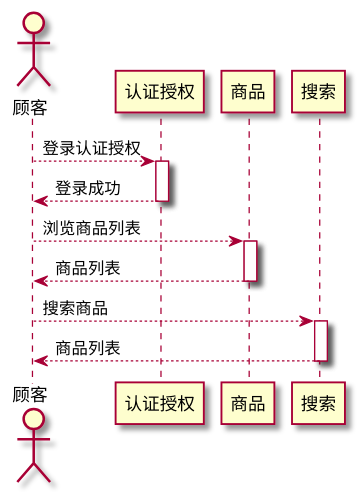
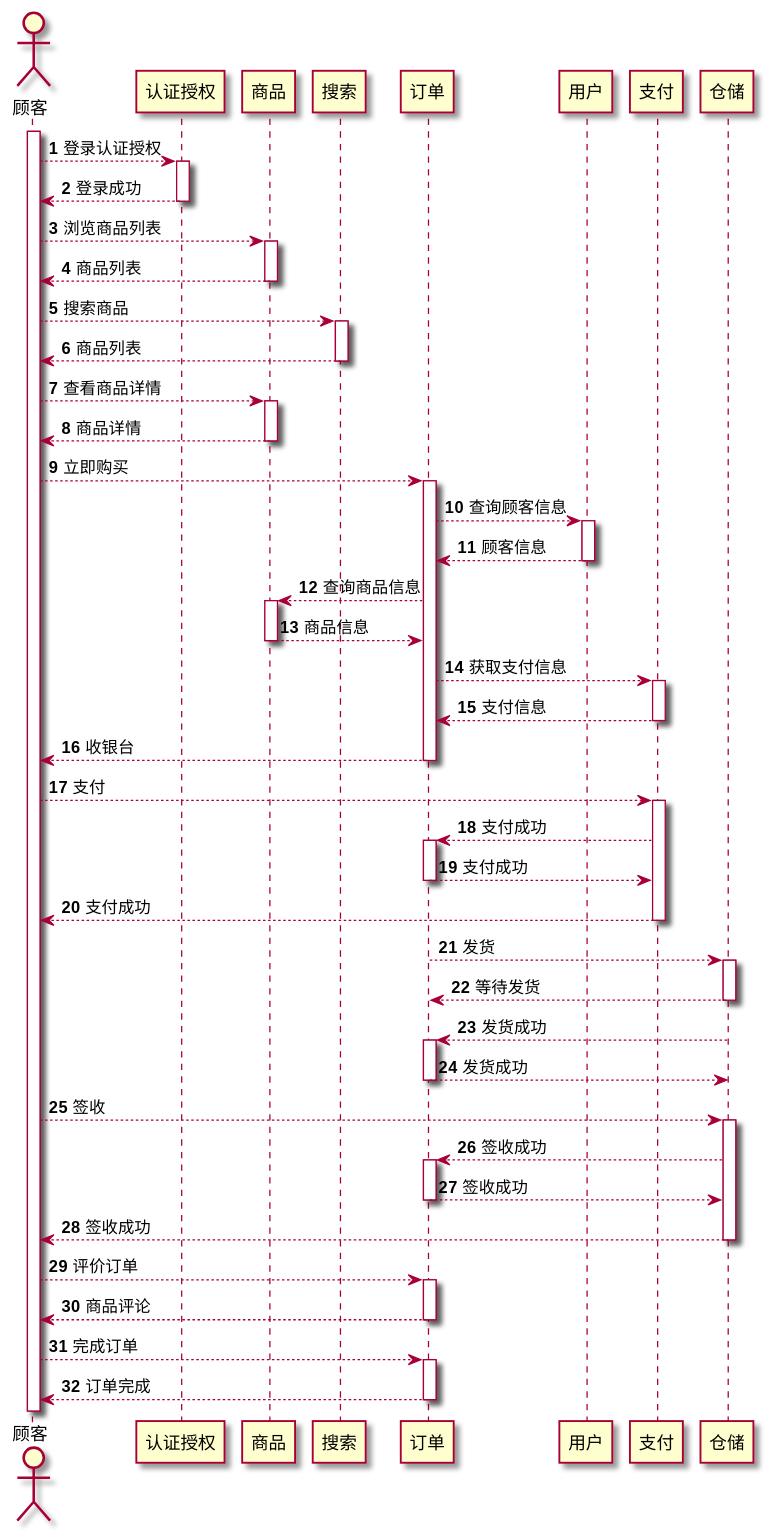
Before and after one commit to suveng/suveng_blog: the diagram in src/zh/posts/电商/电商业务流程时序.md, drawn with PlantUML. The commit also changed other lines of this file and 6 other files, not shown here.

```diff
--- a/src/zh/posts/电商/电商业务流程时序.md
+++ b/src/zh/posts/电商/电商业务流程时序.md
@@ -9,15 +12,51 @@
 @startuml
 skin rose 
+autonumber
 
 actor 顾客
+activate 顾客
 
 顾客 --> 认证授权 ++ : 登录认证授权
 return 登录成功
 
 顾客 --> 商品 ++: 浏览商品列表
 return 商品列表
 
 顾客 --> 搜索 ++ : 搜索商品
 return 商品列表
 
+顾客 --> 商品 ++ : 查看商品详情
+return 商品详情
+
+顾客 --> 订单 ++ : 立即购买
+订单 --> 用户 ++ : 查询顾客信息
+return 顾客信息
+订单 --> 商品 ++ : 查询商品信息
+return 商品信息
+订单 --> 支付 ++ : 获取支付信息
+return 支付信息
+return 收银台
+
+顾客 --> 支付 ++ : 支付
+支付 --> 订单 ++ : 支付成功
+return 支付成功
+return 支付成功
+
+订单  --> 仓储 ++ : 发货
+return 等待发货
+
+仓储 --> 订单 ++ : 发货成功
+return 发货成功
+
+顾客 --> 仓储 ++ : 签收
+仓储 --> 订单 ++ : 签收成功
+return 签收成功
+return 签收成功
+
+顾客 --> 订单 ++ : 评价订单
+return 商品评论
+
+顾客 --> 订单 ++ : 完成订单
+return 订单完成
+
 @enduml
```
